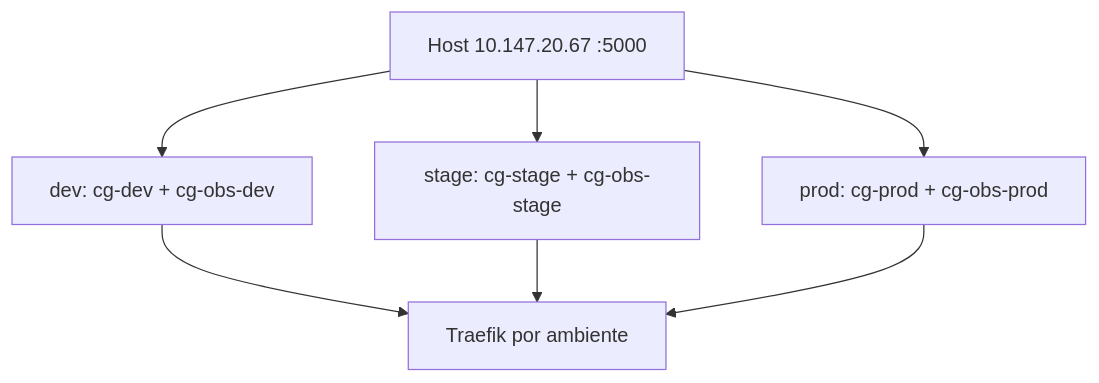
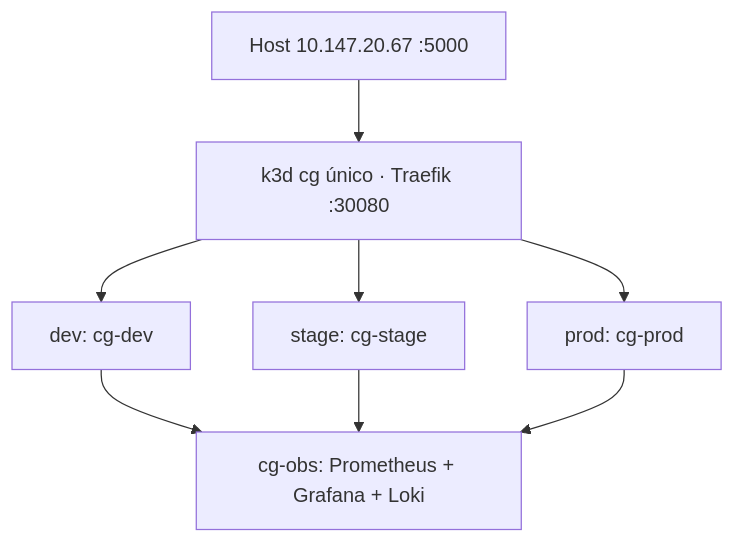
The third of 3 diagrams in docs/diagramas/README.md (ingesoft5/circle-guard-finalproject-A00401805-A00405090-A00401428-A00377013), drawn with Mermaid before and after one commit. The commit also changed other lines of this file and 14 other files, not shown here.

````diff
--- a/docs/diagramas/README.md
+++ b/docs/diagramas/README.md
@@ -46,9 +46,10 @@
 ```mermaid
 flowchart TB
-  HOST["Host 10.147.20.67 :5000"] --> DEV["dev: cg-dev + cg-obs-dev"]
-  HOST --> STAGE["stage: cg-stage + cg-obs-stage"]
-  HOST --> PROD["prod: cg-prod + cg-obs-prod"]
-  DEV --> TRAEFIK["Traefik por ambiente"]
-  STAGE --> TRAEFIK
-  PROD --> TRAEFIK
+  HOST["Host 10.147.20.67 :5000"] --> CLUSTER["k3d cg único · Traefik :30080"]
+  CLUSTER --> DEV["dev: cg-dev"]
+  CLUSTER --> STAGE["stage: cg-stage"]
+  CLUSTER --> PROD["prod: cg-prod"]
+  DEV --> OBS["cg-obs: Prometheus + Grafana + Loki"]
+  STAGE --> OBS
+  PROD --> OBS
 ```
````
